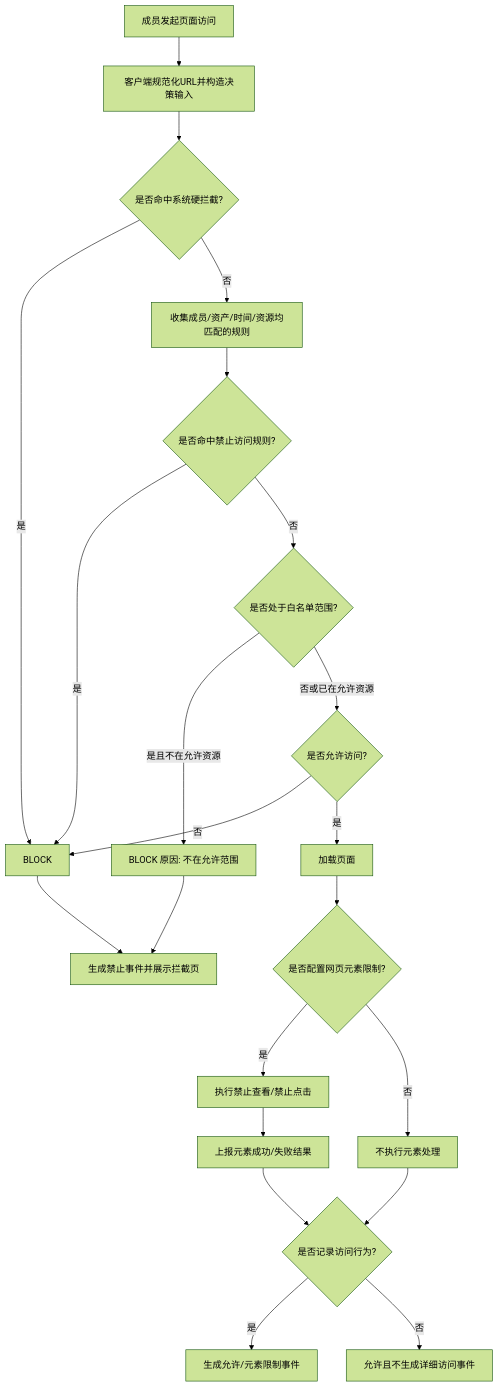
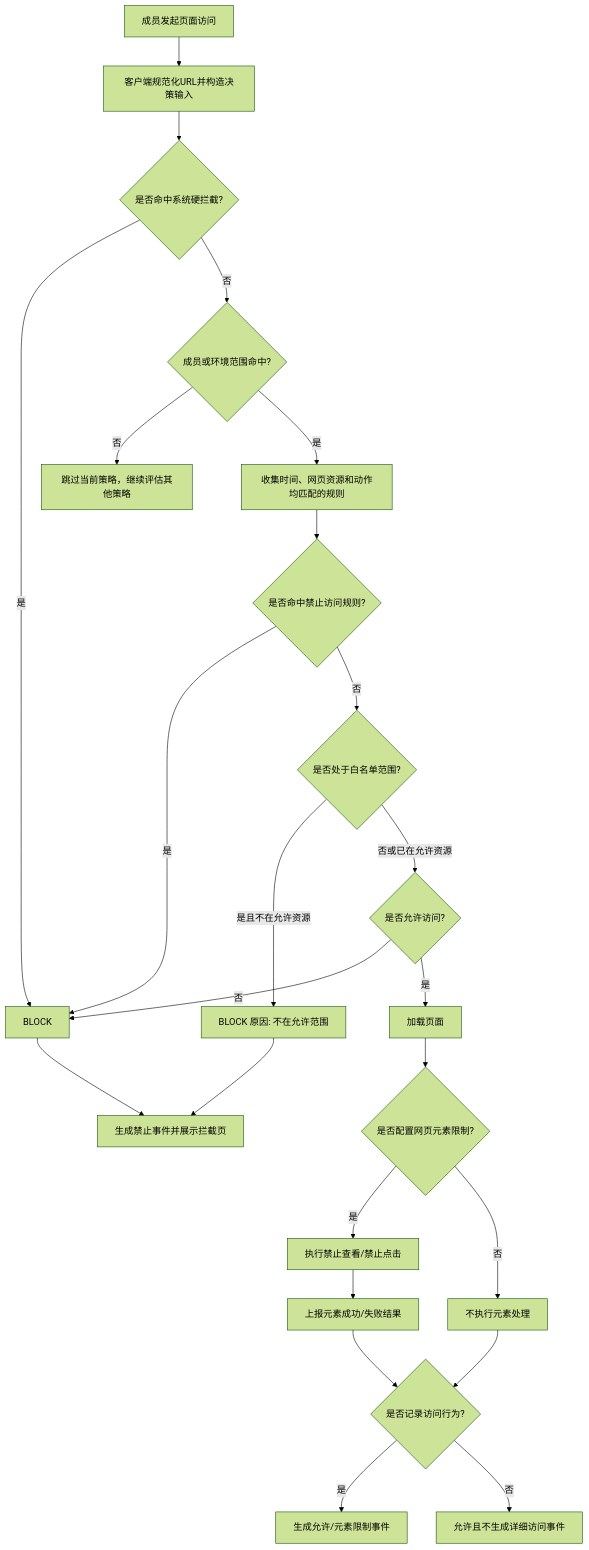
One commit to muze0123/yundeng-web changed the fourth of 8 diagrams in PRD/安全策略/03-YunLogin安全策略业务流程.md. Above: the diagram before and after it, drawn with Mermaid (forest theme). The commit also changed other lines of this file and 43 other files, not shown here.

Commit message:
新增临时存储图片和更新 AGENTS.md、claude.md、design.md 文件内容

````diff
--- a/PRD/安全策略/03-YunLogin安全策略业务流程.md
+++ b/PRD/安全策略/03-YunLogin安全策略业务流程.md
@@ -194,24 +209,26 @@
 ```mermaid
 flowchart TD
     A[成员发起页面访问] --> B[客户端规范化URL并构造决策输入]
     B --> C{是否命中系统硬拦截?}
     C -- 是 --> D[BLOCK]
-    C -- 否 --> E[收集成员/资产/时间/资源均匹配的规则]
+    C -- 否 --> S{成员或环境范围命中?}
+    S -- 否 --> T[跳过当前策略，继续评估其他策略]
+    S -- 是 --> E[收集时间、网页资源和动作均匹配的规则]
     E --> F{是否命中禁止访问规则?}
     F -- 是 --> D
     F -- 否 --> G{是否处于白名单范围?}
     G -- 是且不在允许资源 --> H[BLOCK 原因: 不在允许范围]
     G -- 否或已在允许资源 --> I{是否允许访问?}
     I -- 否 --> D
     I -- 是 --> J[加载页面]
     J --> K{是否配置网页元素限制?}
     K -- 是 --> L[执行禁止查看/禁止点击]
     K -- 否 --> M[不执行元素处理]
     L --> N[上报元素成功/失败结果]
     M --> O{是否记录访问行为?}
     N --> O
     O -- 是 --> P[生成允许/元素限制事件]
     O -- 否 --> Q[允许且不生成详细访问事件]
     D --> R[生成禁止事件并展示拦截页]
     H --> R
 ```
````
